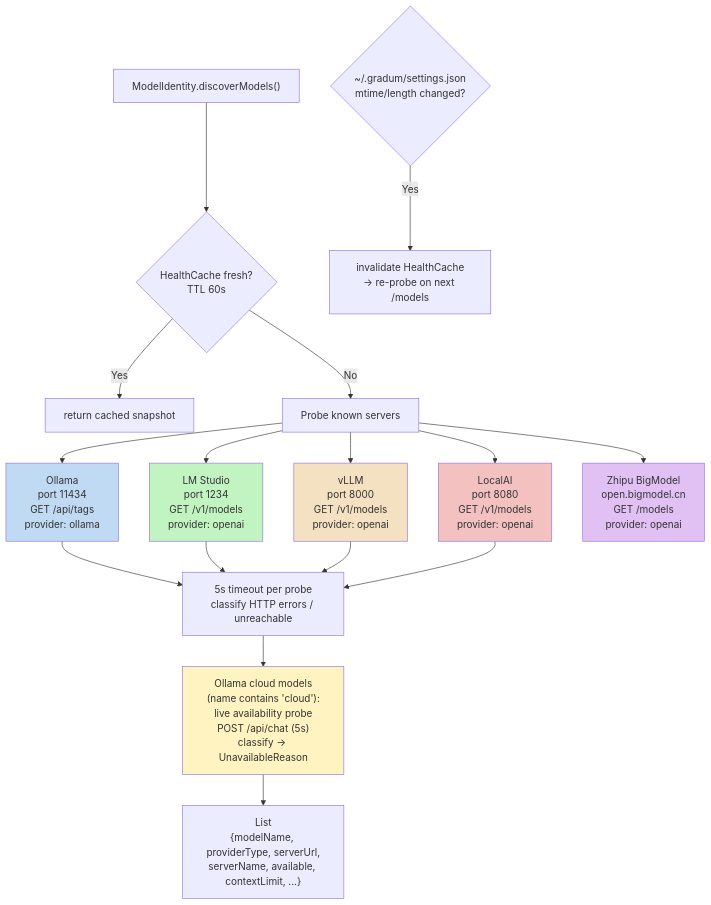
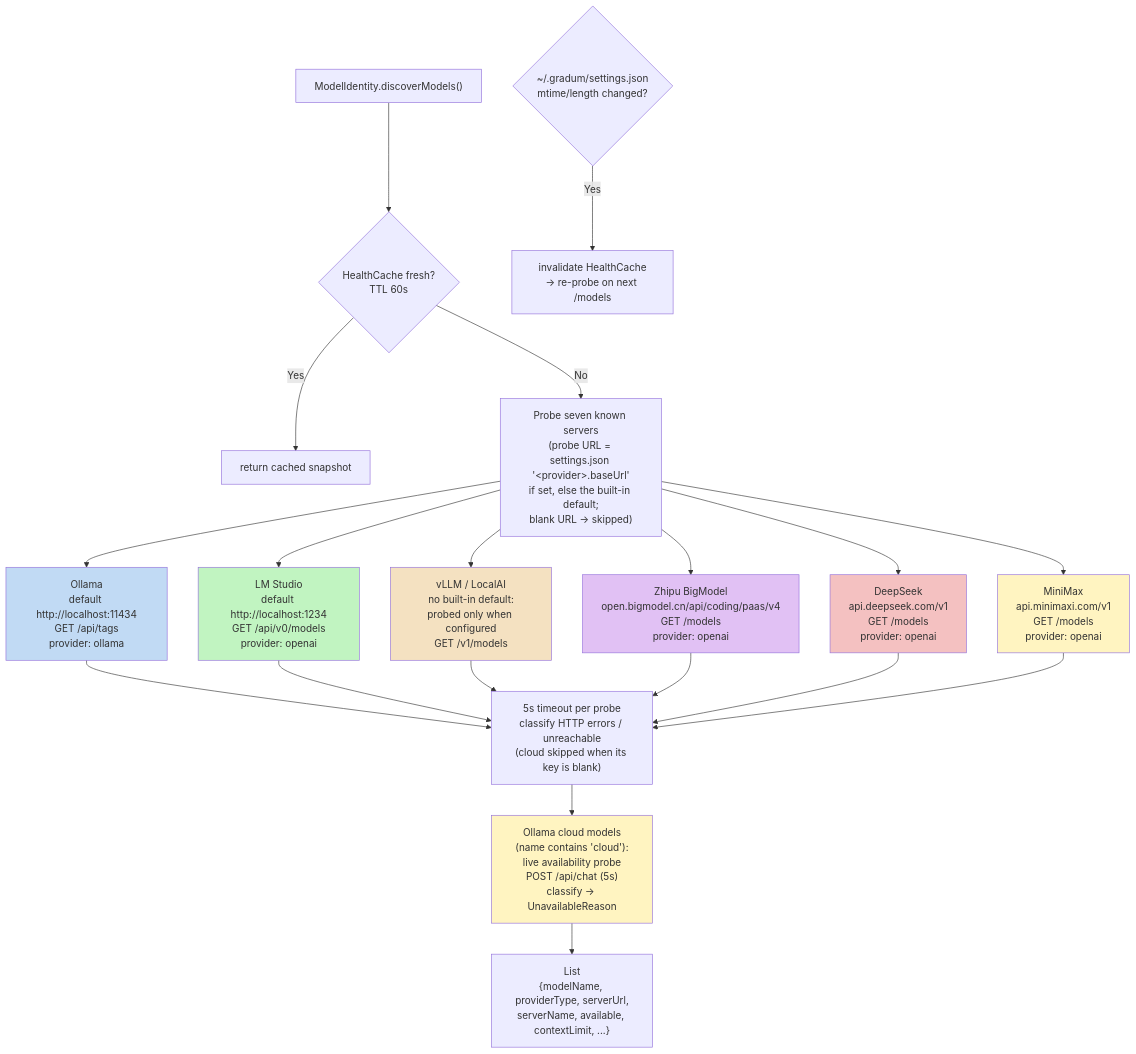
Before and after one commit to lg841226/Gradum: the tenth of 31 diagrams in docs/ARCHITECTURE.md, drawn with Mermaid. The commit also changed other lines of this file and 1 other file, not shown here.

First line of the commit message:
docs: rewrite README and restructure ARCHITECTURE

````diff
--- a/docs/ARCHITECTURE.md
+++ b/docs/ARCHITECTURE.md
@@ -724,27 +745,31 @@
 ```mermaid
 flowchart TD
     START["ModelIdentity.discoverModels()"] --> CACHE{HealthCache fresh?<br/>TTL 60s}
     CACHE -- Yes --> CACHED["return cached snapshot"]
-    CACHE -- No --> PROBE[Probe known servers]
-    PROBE --> P1[Ollama<br/>port 11434<br/>GET /api/tags<br/>provider: ollama]
-    PROBE --> P2[LM Studio<br/>port 1234<br/>GET /v1/models<br/>provider: openai]
-    PROBE --> P3[vLLM<br/>port 8000<br/>GET /v1/models<br/>provider: openai]
-    PROBE --> P4[LocalAI<br/>port 8080<br/>GET /v1/models<br/>provider: openai]
-    PROBE --> P5["Zhipu BigModel<br/>open.bigmodel.cn<br/>GET /models<br/>provider: openai"]
-    P1 --> R1["5s timeout per probe<br/>classify HTTP errors / unreachable"]
+    CACHE -- No --> PROBE["Probe seven known servers<br/>(probe URL = settings.json '&lt;provider&gt;.baseUrl'<br/>if set, else the built-in default;<br/>blank URL → skipped)"]
+    PROBE --> P1[Ollama<br/>default http://localhost:11434<br/>GET /api/tags<br/>provider: ollama]
+    PROBE --> P2[LM Studio<br/>default http://localhost:1234<br/>GET /api/v0/models<br/>provider: openai]
+    PROBE --> P3["vLLM / LocalAI<br/>no built-in default:<br/>probed only when configured<br/>GET /v1/models"]
+    PROBE --> P5["Zhipu BigModel<br/>open.bigmodel.cn/api/coding/paas/v4<br/>GET /models<br/>provider: openai"]
+    PROBE --> P6["DeepSeek<br/>api.deepseek.com/v1<br/>GET /models<br/>provider: openai"]
+    PROBE --> P7["MiniMax<br/>api.minimaxi.com/v1<br/>GET /models<br/>provider: openai"]
+    P1 --> R1["5s timeout per probe<br/>classify HTTP errors / unreachable<br/>(cloud skipped when its key is blank)"]
     P2 --> R1
     P3 --> R1
-    P4 --> R1
+    P5 --> R1
+    P6 --> R1
+    P7 --> R1
 
     R1 --> CLOUD["Ollama cloud models<br/>(name contains 'cloud'):<br/>live availability probe<br/>POST /api/chat (5s)<br/>classify → UnavailableReason"]
     CLOUD --> RESULT["List<ModelEntry><br/>{modelName, providerType, serverUrl,<br/>serverName, available, contextLimit, ...}"]
 
     PROBE_CONFIG{"~/.gradum/settings.json<br/>mtime/length changed?"}
     PROBE_CONFIG -- Yes --> CACHE_IVAL["invalidate HealthCache<br/>→ re-probe on next /models"]
     style P1 fill: #c1daf4
     style P2 fill: #c1f4c1
     style P3 fill: #f4e1c1
-    style P4 fill: #f4c1c1
     style P5 fill: #e1c1f4
+    style P6 fill: #f4c1c1
+    style P7 fill: #fff4c1
     style CLOUD fill: #fff4c1
 ```
````
